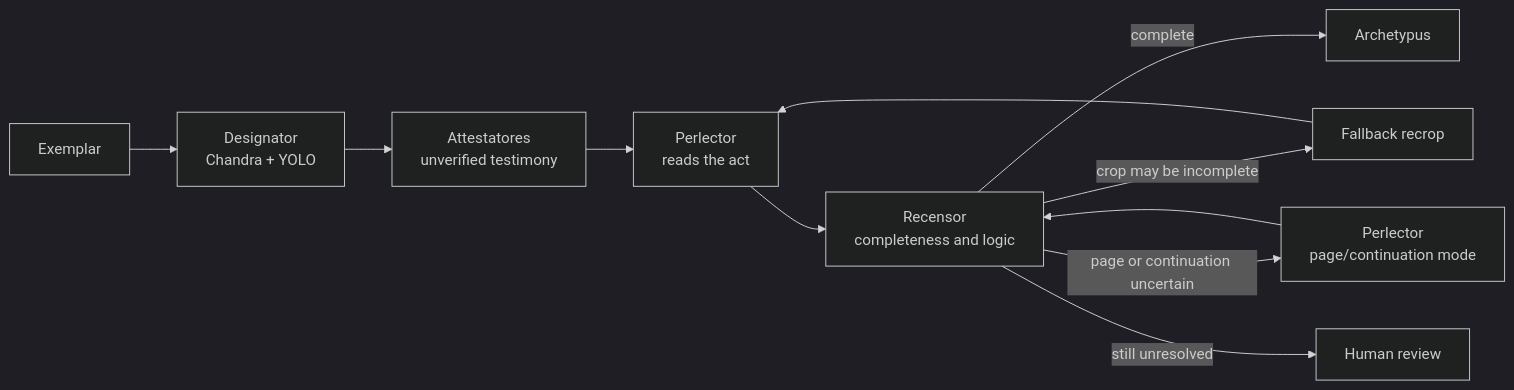
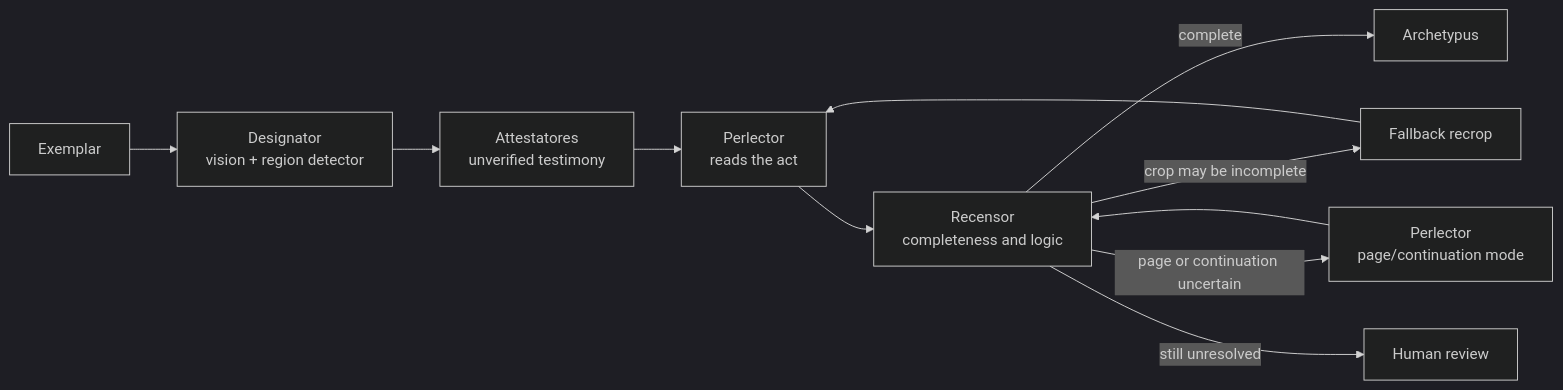
The second of 2 diagrams in ARCHITECTURE.md (MegaSlick/Apparatus-Verbatus-Alpha), drawn with Mermaid (dark theme) before and after one commit. The commit also changed other lines of this file and 77 other files, not shown here.

````diff
--- a/ARCHITECTURE.md
+++ b/ARCHITECTURE.md
@@ -108,14 +118,14 @@
 ```mermaid
 flowchart LR
-    E["Exemplar"] --> D["Designator<br/>Chandra + YOLO"]
+    E["Exemplar"] --> D["Designator<br/>vision + region detector"]
     D --> A["Attestatores<br/>unverified testimony"]
     A --> P["Perlector<br/>reads the act"]
     P --> R["Recensor<br/>completeness and logic"]
 
     R -->|"complete"| AR["Archetypus"]
     R -->|"crop may be incomplete"| C["Fallback recrop"]
     C --> P
     R -->|"page or continuation uncertain"| PP["Perlector<br/>page/continuation mode"]
     PP --> R
     R -->|"still unresolved"| H["Human review"]
 ```
````
